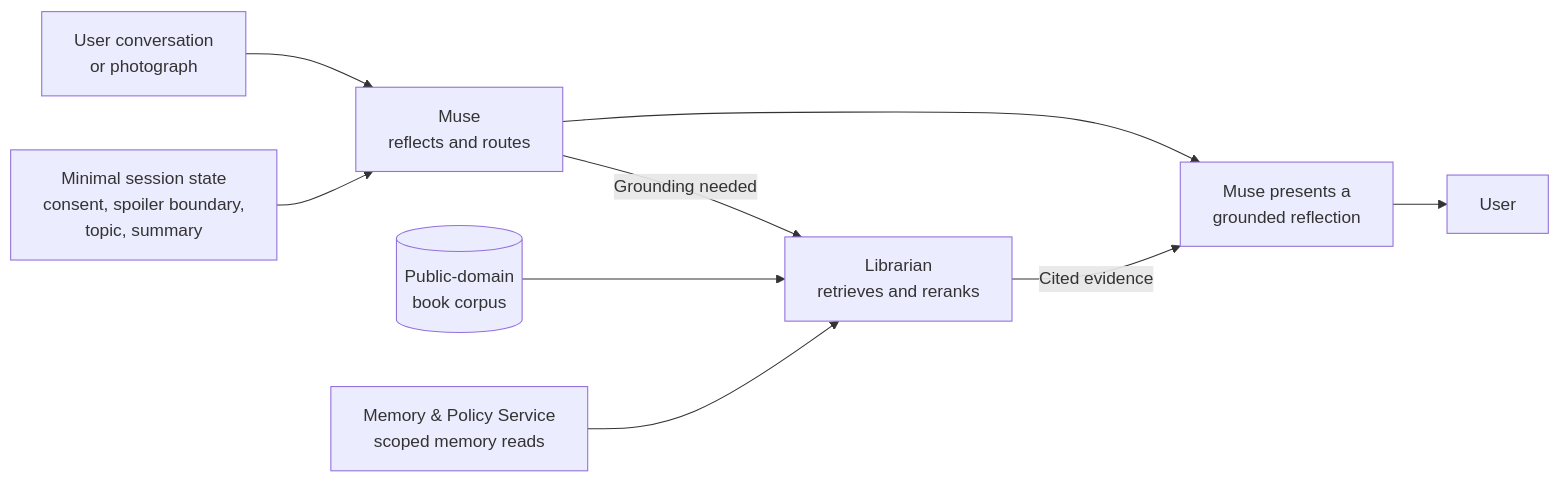
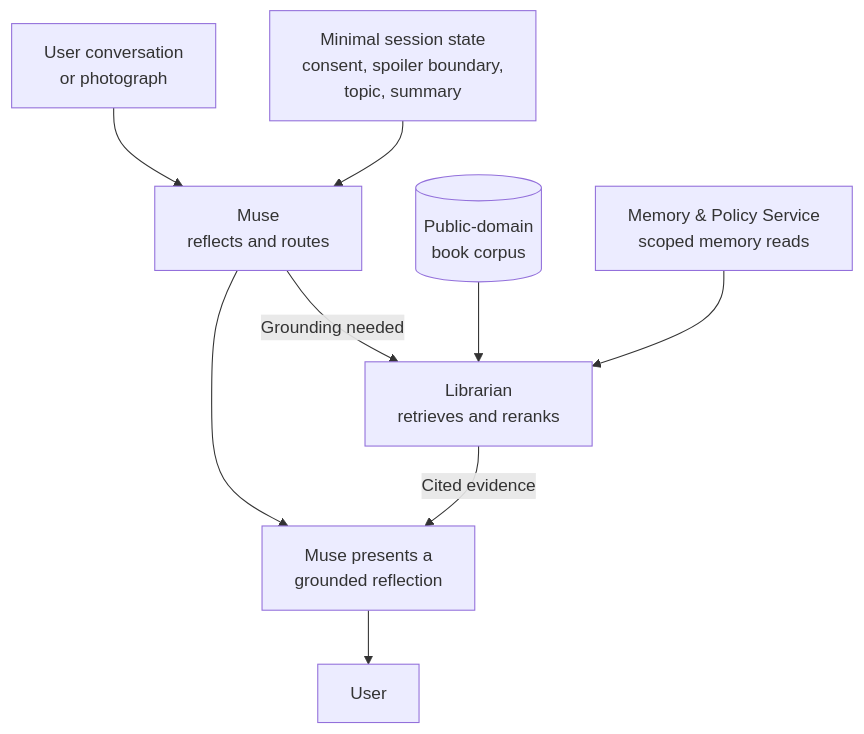
One commit to DesmondChoy/linger changed the first of 3 diagrams in proposal.md. Above: the diagram before and after it, drawn with Mermaid. The commit also changed other lines of this file, not shown here.

````diff
--- a/proposal.md
+++ b/proposal.md
@@ -80,11 +83,11 @@
 ```mermaid
-flowchart LR
+flowchart TD
     U1["User conversation<br/>or photograph"] --> M["Muse<br/>reflects and routes"]
     S["Minimal session state<br/>consent, spoiler boundary,<br/>topic, summary"] --> M
     M -->|Grounding needed| L["Librarian<br/>retrieves and reranks"]
     B[("Public-domain<br/>book corpus")] --> L
     P["Memory & Policy Service<br/>scoped memory reads"] --> L
     M --> R["Muse presents a<br/>grounded reflection"]
     L -->|Cited evidence| R
     R --> U2["User"]
 ```
````
